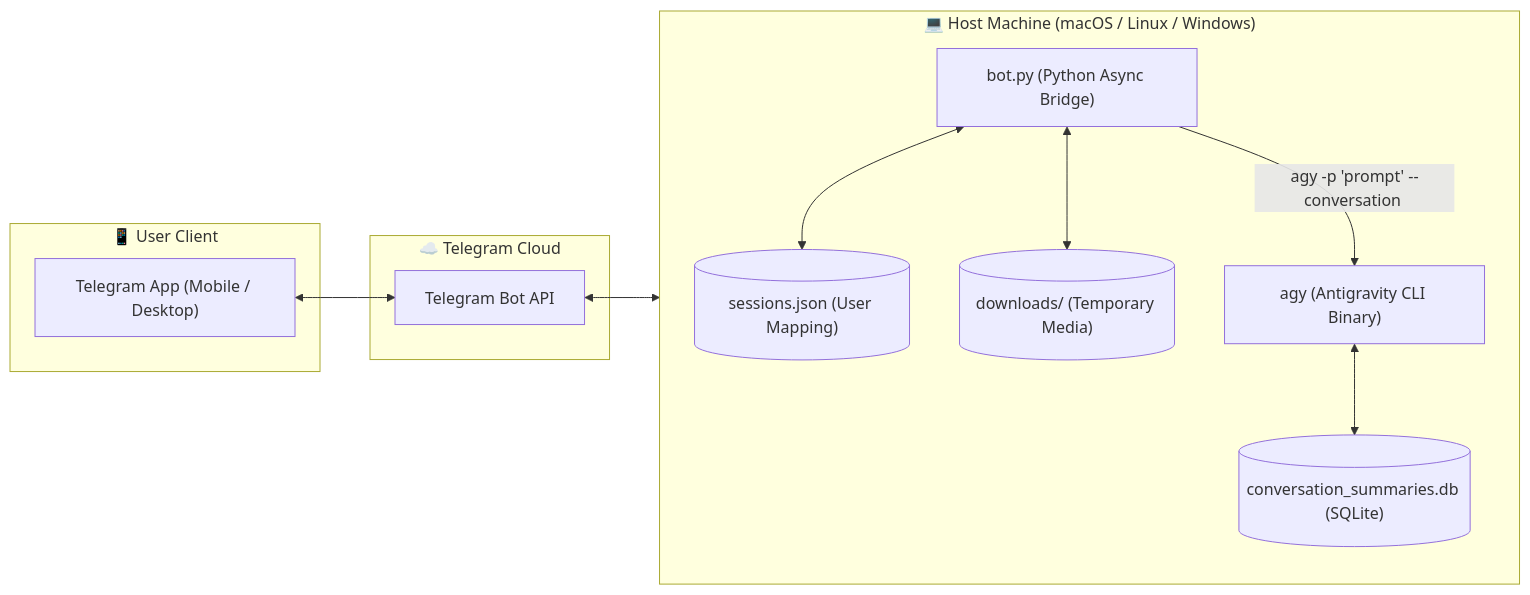
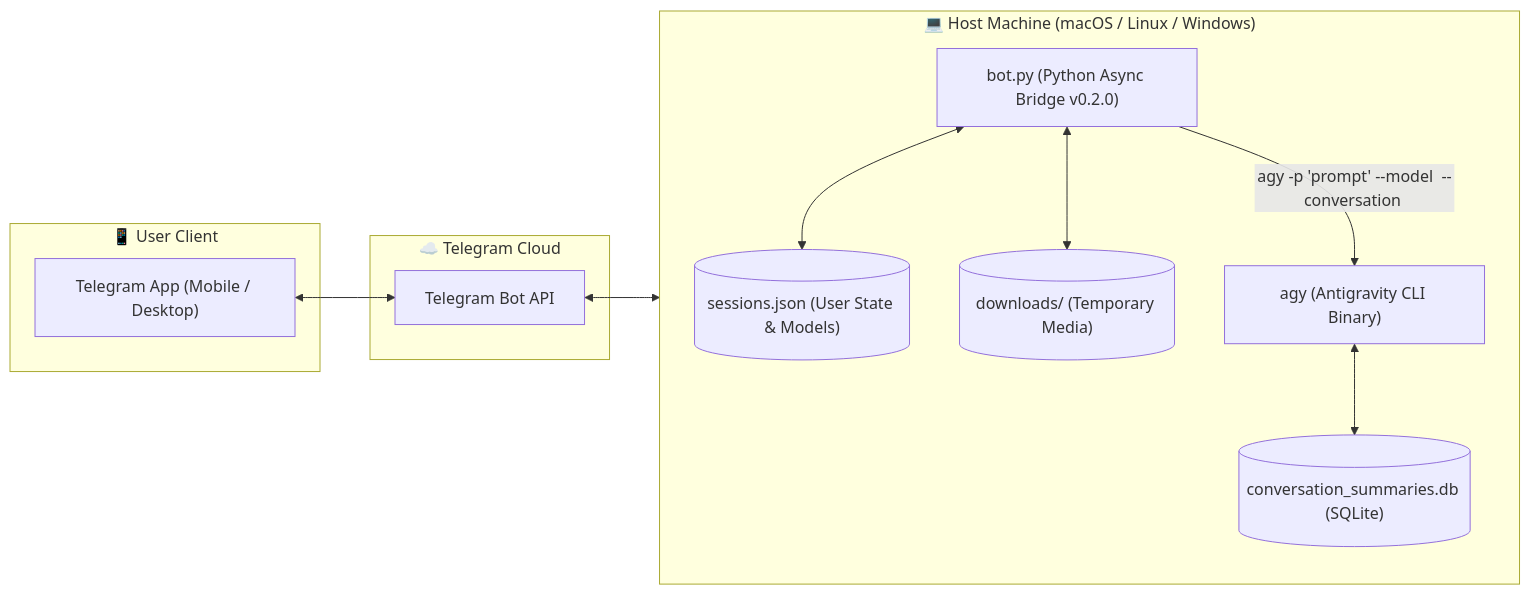
Before and after one commit to fritzuu/agy-telegrambot: the diagram in README.md, drawn with Mermaid. The commit also changed other lines of this file and 2 other files, not shown here.

````diff
--- a/README.md
+++ b/README.md
@@ -22,27 +22,27 @@
 ```mermaid
 flowchart LR
     subgraph Client ["📱 User Client"]
         TG_APP["Telegram App (Mobile / Desktop)"]
     end
 
     subgraph Telegram_Cloud ["☁️ Telegram Cloud"]
         TG_API["Telegram Bot API"]
     end
 
     subgraph Host ["💻 Host Machine (macOS / Linux / Windows)"]
         direction TB
-        BOT["bot.py (Python Async Bridge)"]
-        SESS[("sessions.json (User Mapping)")]
+        BOT["bot.py (Python Async Bridge v0.2.0)"]
+        SESS[("sessions.json (User State & Models)")]
         MEDIA[("downloads/ (Temporary Media)")]
         AGY_CLI["agy (Antigravity CLI Binary)"]
         AGY_DB[("conversation_summaries.db (SQLite)")]
 
         BOT <--> SESS
         BOT <--> MEDIA
-        BOT -- "agy -p 'prompt' --conversation <id>" --> AGY_CLI
+        BOT -- "agy -p 'prompt' --model <model> --conversation <id>" --> AGY_CLI
         AGY_CLI <--> AGY_DB
     end
 
     TG_APP <--> TG_API
     TG_API <--> BOT
 ```
````
